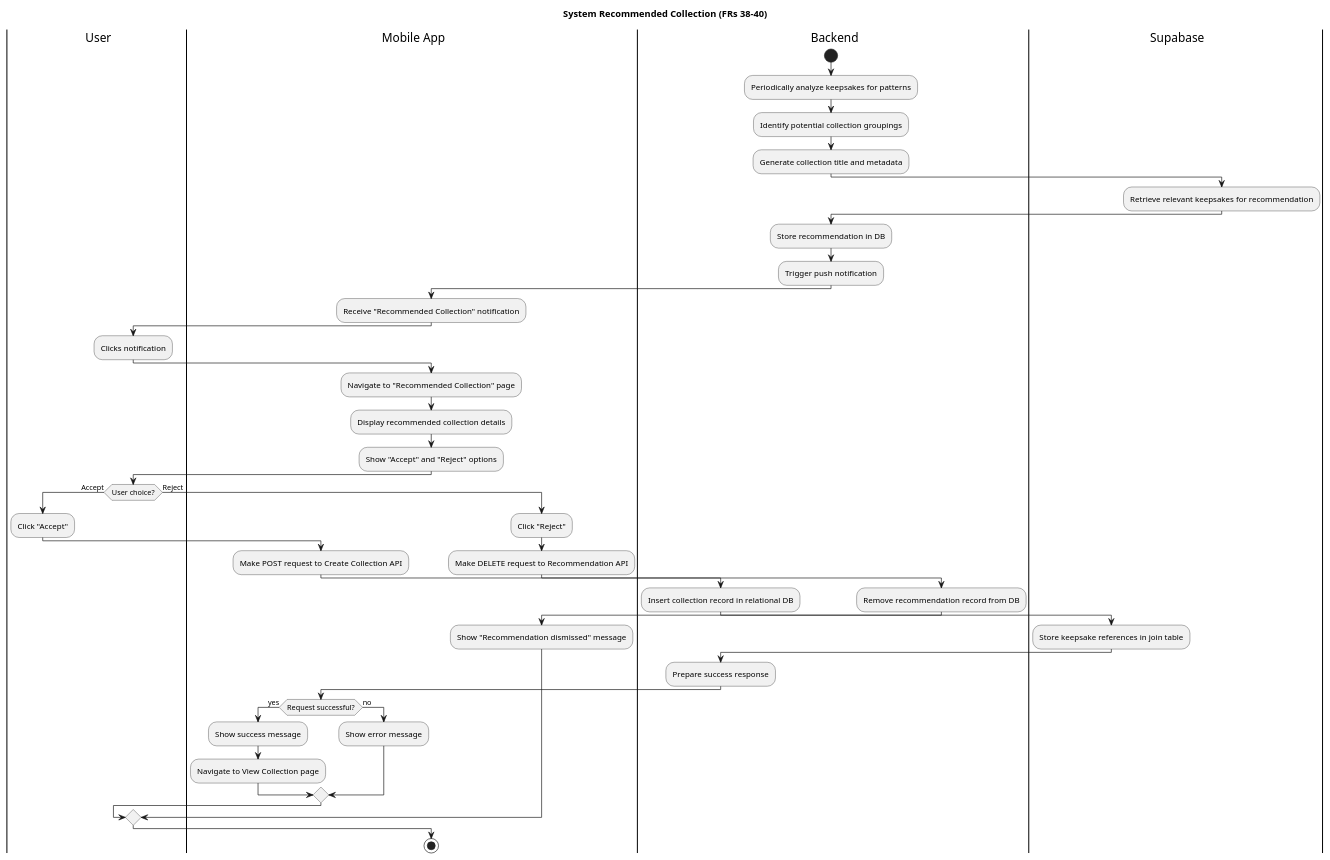
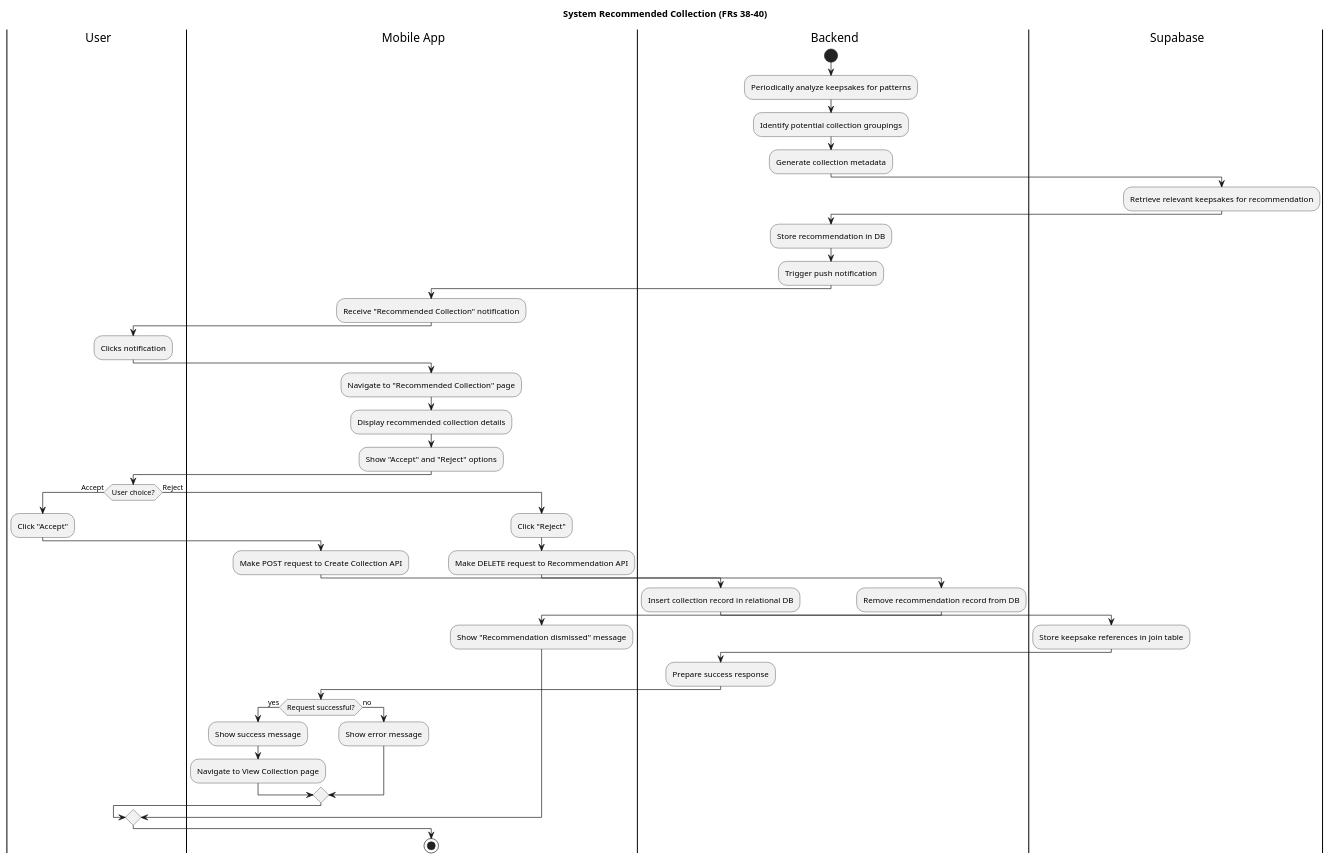
One commit to owencooke/memento changed the diagram in docs/activity/system-recommended-collection.puml. Above: the diagram before and after it, drawn with PlantUML.

Commit message:
recommended collections do not generate titles

```diff
--- a/docs/activity/system-recommended-collection.puml
+++ b/docs/activity/system-recommended-collection.puml
@@ -1,68 +1,68 @@
 @startuml
 title System Recommended Collection (FRs 38-40)
 
 |user| User
 |mobile| Mobile App
 |backend| Backend
 |db| Supabase
 
 |backend|
 start
 :Periodically analyze keepsakes for patterns;
 :Identify potential collection groupings;
-:Generate collection title and metadata;
+:Generate collection metadata;
 
 |db|
 :Retrieve relevant keepsakes for recommendation;
 
 |backend|
 :Store recommendation in DB;
 :Trigger push notification;
 
 |mobile|
 :Receive "Recommended Collection" notification;
 
 |user|
 :Clicks notification;
 
 |mobile|
 :Navigate to "Recommended Collection" page;
 :Display recommended collection details;
 :Show "Accept" and "Reject" options;
 
 |user|
 if (User choice?) is (Accept) then
   :Click "Accept";
 
   |mobile|
   :Make POST request to Create Collection API;
 
   |backend|
   :Insert collection record in relational DB;
   |db|
   :Store keepsake references in join table;
   |backend|
   :Prepare success response;
 
   |mobile|
   if (Request successful?) is (yes) then
     :Show success message;
     :Navigate to View Collection page;
   else (no)
     :Show error message;
   endif
 
 else (Reject)
   :Click "Reject";
 
   |mobile|
   :Make DELETE request to Recommendation API;
 
   |backend|
   :Remove recommendation record from DB;
   |mobile|
   :Show "Recommendation dismissed" message;
 endif
 
 stop
 @enduml
```
